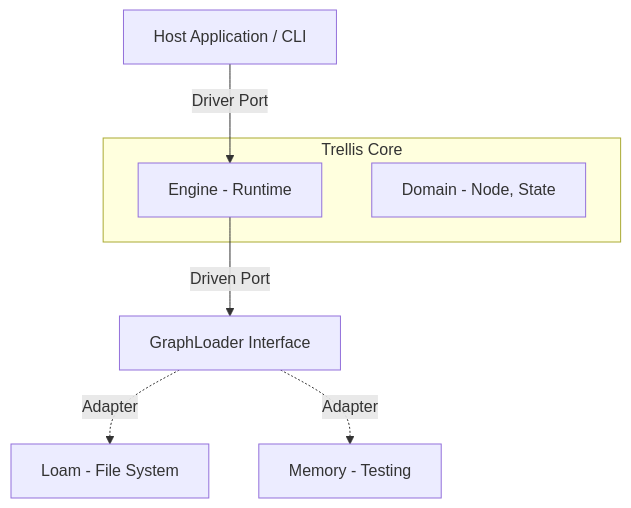
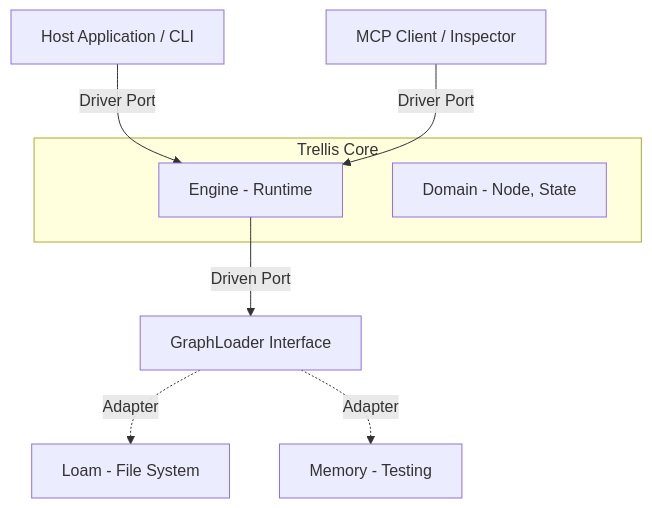
Before and after one commit to aretw0/trellis: the first of 3 diagrams in docs/TECHNICAL.md, drawn with Mermaid. The commit also changed 1 other file, not shown here.

Commit message:
docs(arch): add MCP to system diagram
Updates TECHNICAL.md architecture diagram to explicitly show MCP Clients/Inspectors as valid drivers for the Trellis Core, reflecting the new adapter implementation.

````diff
--- a/docs/TECHNICAL.md
+++ b/docs/TECHNICAL.md
@@ -25,11 +25,12 @@
 ```mermaid
 graph TD
     Host[Host Application / CLI] -->|Driver Port| Engine
+    MCP[MCP Client / Inspector] -->|Driver Port| Engine
     subgraph "Trellis Core"
         Engine[Engine - Runtime]
         Domain[Domain - Node, State]
     end
     Engine -->|Driven Port| Loader[GraphLoader Interface]
     Loader -.->|Adapter| Loam[Loam - File System]
     Loader -.->|Adapter| Mem[Memory - Testing]
 ```
````
